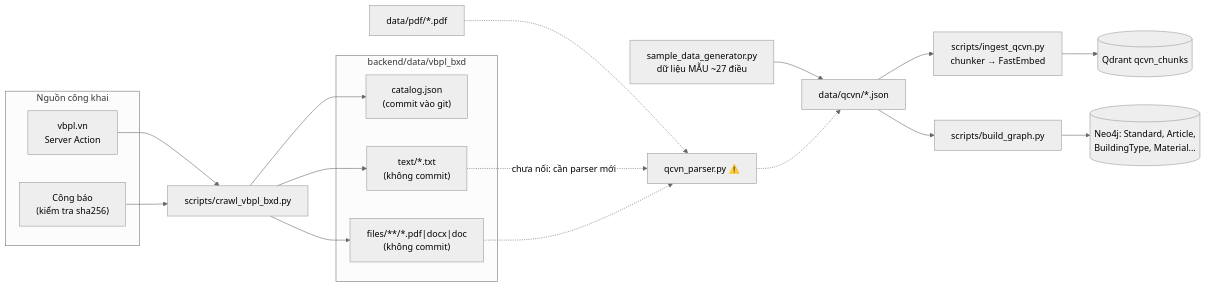
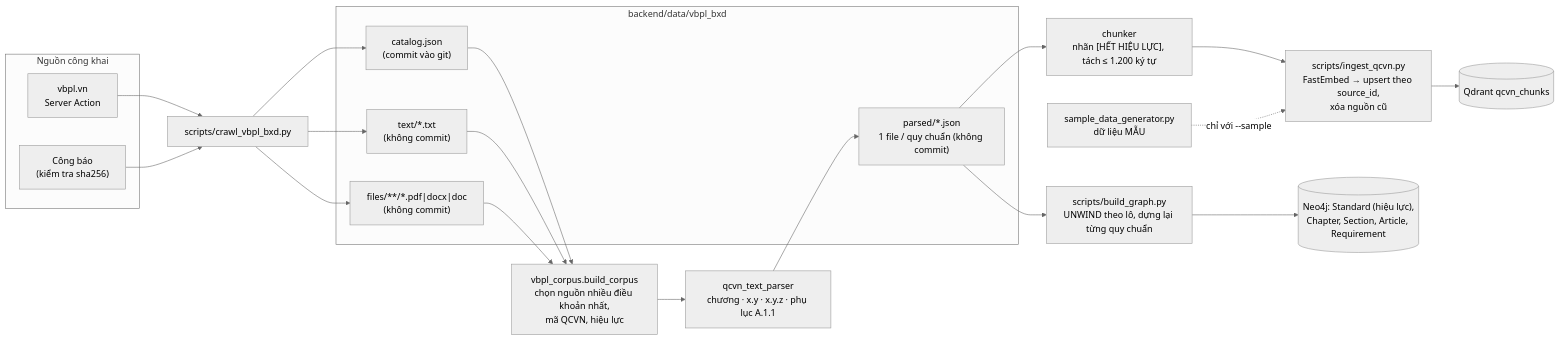
The fourth of 5 diagrams in docs/ARCHITECTURE.md (NhanNHSE/bim-agent), drawn with Mermaid (neutral theme) before and after one commit. The commit also changed other lines of this file and 21 other files, not shown here.

First line of the commit message:
feat: parse real QCVN text and ingest the vbpl corpus

````diff
--- a/docs/ARCHITECTURE.md
+++ b/docs/ARCHITECTURE.md
@@ -110,28 +110,30 @@
 ```mermaid
 flowchart LR
     subgraph src["Nguồn công khai"]
         V["vbpl.vn<br/>Server Action"]
         CB["Công báo<br/>(kiểm tra sha256)"]
     end
     CR["scripts/crawl_vbpl_bxd.py"]
     subgraph store["backend/data/vbpl_bxd"]
         CAT["catalog.json<br/>(commit vào git)"]
         TXT["text/*.txt<br/>(không commit)"]
         FIL["files/**/*.pdf|docx|doc<br/>(không commit)"]
+        PJ["parsed/*.json<br/>1 file / quy chuẩn (không commit)"]
     end
     V --> CR
     CB --> CR
     CR --> CAT
     CR --> TXT
     CR --> FIL
-
-    SG["sample_data_generator.py<br/>dữ liệu MẪU ~27 điều"] --> JS["data/qcvn/*.json"]
-    PDF["data/pdf/*.pdf"] -.-> QP["qcvn_parser.py ⚠️"]
-    QP -.-> JS
-    TXT -.->|"chưa nối: cần parser mới"| QP
-    FIL -.-> QP
-    JS --> IN["scripts/ingest_qcvn.py<br/>chunker → FastEmbed"]
+    CAT --> VC["vbpl_corpus.build_corpus<br/>chọn nguồn nhiều điều khoản nhất,<br/>mã QCVN, hiệu lực"]
+    TXT --> VC
+    FIL --> VC
+    VC --> TP["qcvn_text_parser<br/>chương · x.y · x.y.z · phụ lục A.1.1"]
+    TP --> PJ
+    PJ --> CH["chunker<br/>nhãn [HẾT HIỆU LỰC], tách ≤ 1.200 ký tự"]
+    CH --> IN["scripts/ingest_qcvn.py<br/>FastEmbed → upsert theo source_id,<br/>xóa nguồn cũ"]
     IN --> QDC[("Qdrant qcvn_chunks")]
-    JS --> BG["scripts/build_graph.py"]
-    BG --> N4G[("Neo4j: Standard, Article,<br/>BuildingType, Material...")]
+    PJ --> BG["scripts/build_graph.py<br/>UNWIND theo lô, dựng lại từng quy chuẩn"]
+    BG --> N4G[("Neo4j: Standard (hiệu lực),<br/>Chapter, Section, Article, Requirement")]
+    SG["sample_data_generator.py<br/>dữ liệu MẪU"] -.->|"chỉ với --sample"| IN
 ```
````
